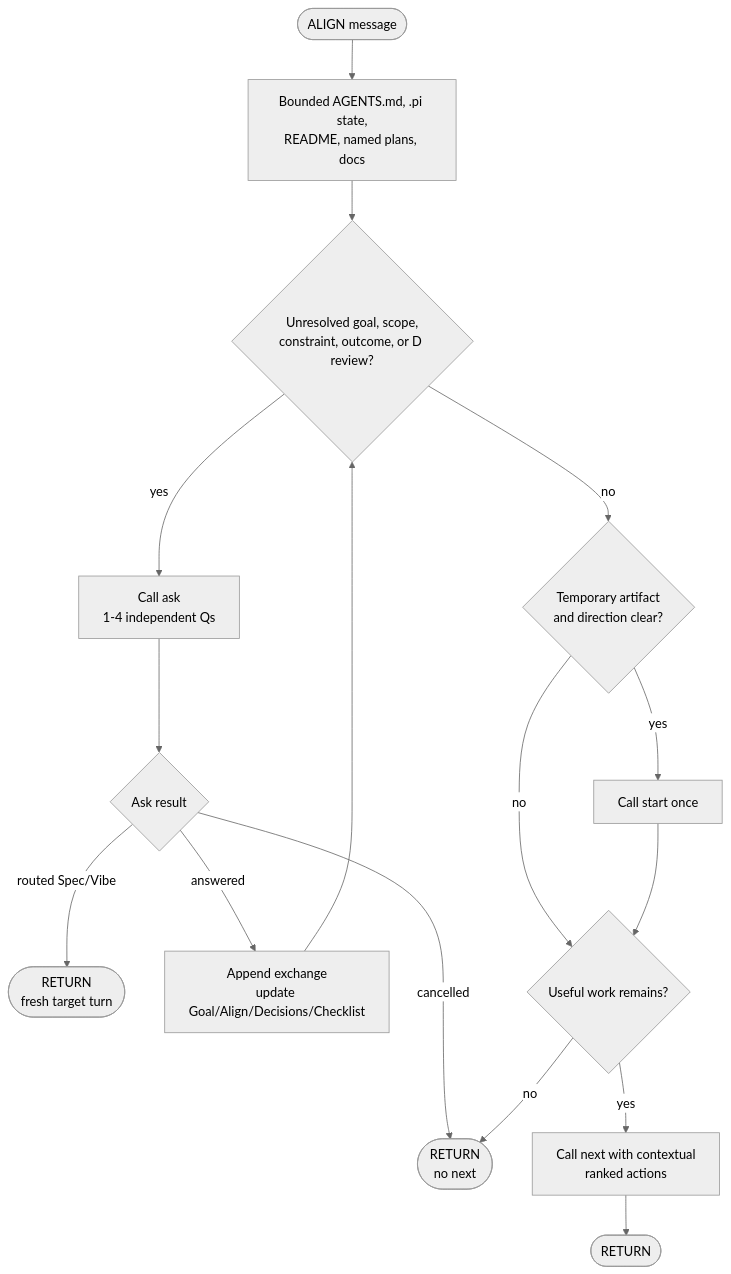
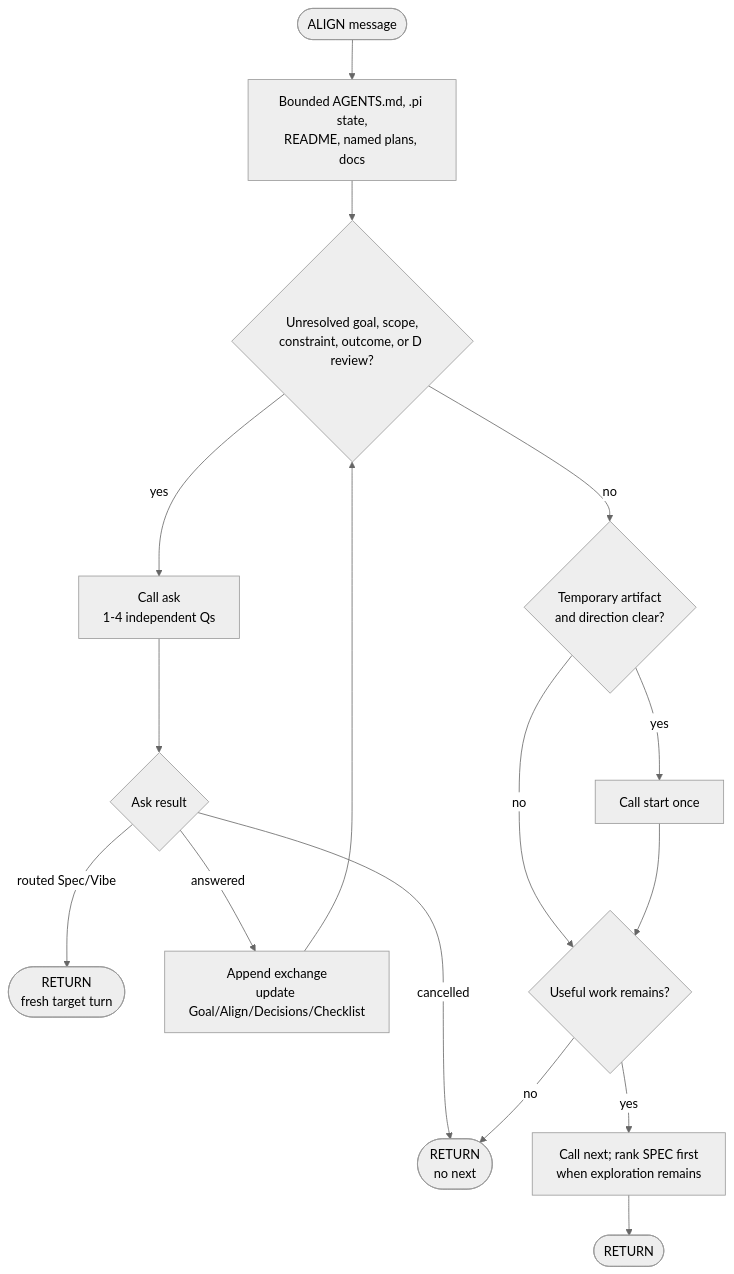
One commit to dhumdil-apps/pi-director changed the fourth of 12 diagrams in docs/AGENT-WORKFLOW-DIAGRAMS.md. Above: the diagram before and after it, drawn with Mermaid (neutral theme). The commit also changed other lines of this file and 1 other file, not shown here.

Commit message:
docs: update ALIGN procedure to restrict source exploration and prioritize SPEC for implementation gaps

````diff
--- a/docs/AGENT-WORKFLOW-DIAGRAMS.md
+++ b/docs/AGENT-WORKFLOW-DIAGRAMS.md
@@ -96,18 +96,18 @@
 ```mermaid
 flowchart TD
     Enter([ALIGN message]) --> Orient[Bounded AGENTS.md, .pi state,<br/>README, named plans, docs]
     Orient --> Unresolved{Unresolved goal, scope,<br/>constraint, outcome, or D review?}
     Unresolved -- yes --> Ask[Call ask<br/>1-4 independent Qs]
     Ask --> Result{Ask result}
     Result -- cancelled --> Stop([RETURN<br/>no next])
     Result -- routed Spec/Vibe --> Settle([RETURN<br/>fresh target turn])
     Result -- answered --> Synthesize[Append exchange<br/>update Goal/Align/Decisions/Checklist]
     Synthesize --> Unresolved
     Unresolved -- no --> Named{Temporary artifact<br/>and direction clear?}
     Named -- yes --> Start[Call start once]
     Named -- no --> Useful
     Start --> Useful{Useful work remains?}
-    Useful -- yes --> Next[Call next with contextual<br/>ranked actions]
+    Useful -- yes --> Next[Call next; rank SPEC first<br/>when exploration remains]
     Useful -- no --> Stop
     Next --> Done([RETURN])
 ```
````
